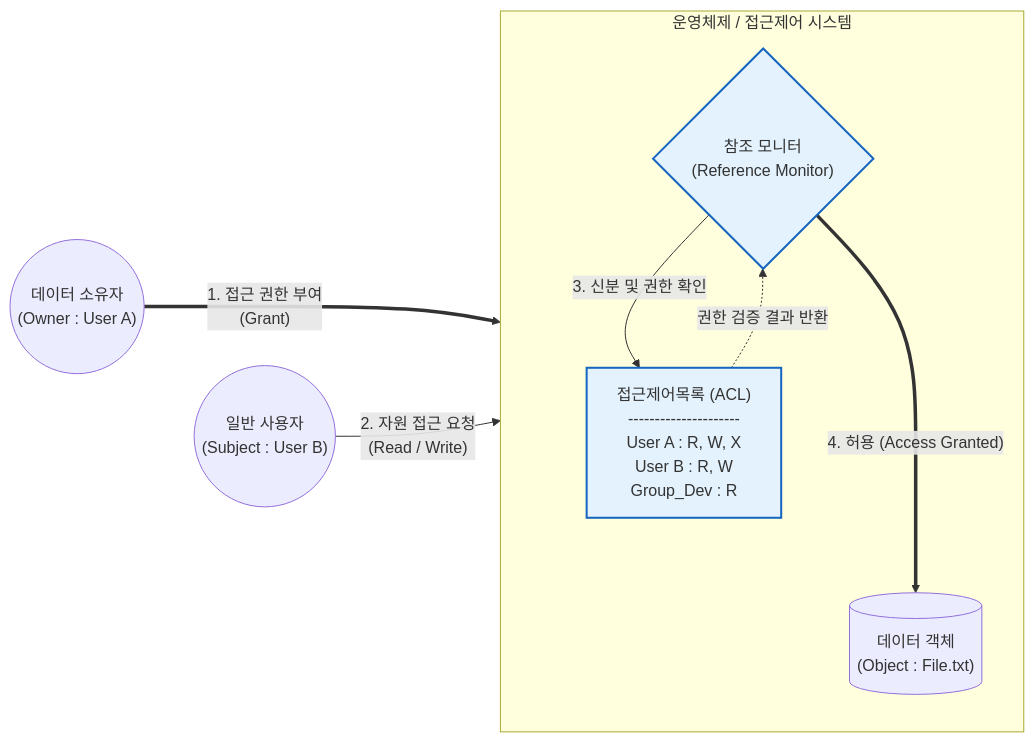
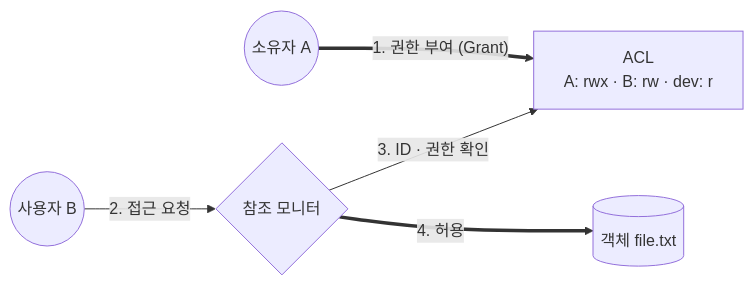
One commit to supremethumb/supremethumb.github.io changed the diagram in content/01_IT Tech/DAC.md. Above: the diagram before and after it, drawn with Mermaid. The commit also changed other lines of this file and 1087 other files, not shown here.

````diff
--- a/content/01_IT Tech/DAC.md
+++ b/content/01_IT Tech/DAC.md
@@ -31,24 +36,7 @@
 ```mermaid
 flowchart LR
-    Owner(("데이터 소유자<br/>(Owner : User A)"))
-    Subject(("일반 사용자<br/>(Subject : User B)"))
-    
-    subgraph System_Access_Control ["운영체제 / 접근제어 시스템"]
-        direction TB
-        Reference_Monitor{"참조 모니터<br/>(Reference Monitor)"}
-        
-        ACL["접근제어목록 (ACL)<br/>---------------------<br/>User A : R, W, X<br/>User B : R, W<br/>Group_Dev : R"]
-        
-        Object[("데이터 객체<br/>(Object : File.txt)")]
-    end
-
-    Owner == "1. 접근 권한 부여<br/>(Grant)" ===> ACL
-    Subject -- "2. 자원 접근 요청<br/>(Read / Write)" --> Reference_Monitor
-    Reference_Monitor -- "3. 신분 및 권한 확인" --> ACL
-    ACL -. "권한 검증 결과 반환" .-> Reference_Monitor
-    Reference_Monitor == "4. 허용 (Access Granted)" ===> Object
-    
-    classDef major fill:#e3f2fd,stroke:#1565c0,stroke-width:2px;
-    class Reference_Monitor,ACL major;
-
+    OW(("소유자 A")) ==>|"1. 권한 부여 (Grant)"| ACL["ACL<br/>A: rwx · B: rw · dev: r"]
+    SB(("사용자 B")) -->|"2. 접근 요청"| RM{"참조 모니터"}
+    RM -->|"3. ID · 권한 확인"| ACL
+    RM ==>|"4. 허용"| OBJ[("객체 file.txt")]
 ```
````
